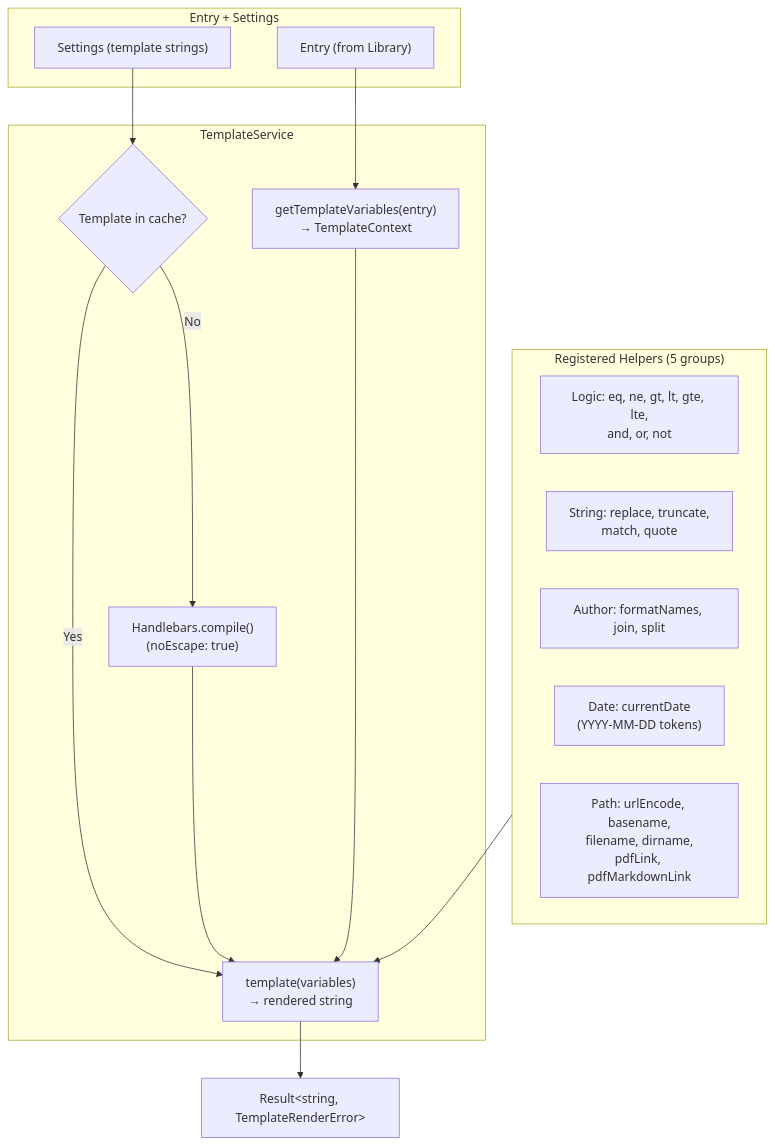
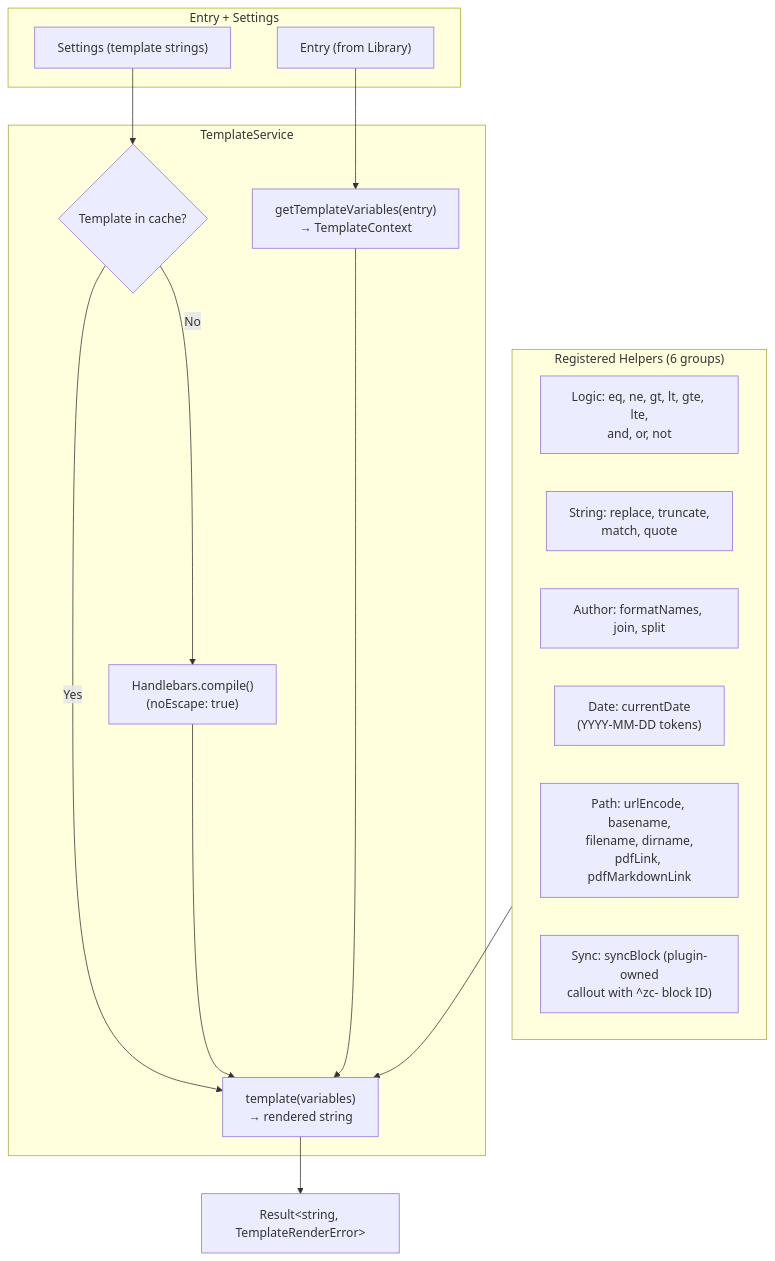
One commit to akhmialeuski/obsidian-citation-extended changed diagram 15 of 23 in docs/architecture.md. Above: the diagram before and after it, drawn with Mermaid. The commit also changed other lines of this file and 5 other files, not shown here.

````diff
--- a/docs/architecture.md
+++ b/docs/architecture.md
@@ -785,31 +789,32 @@
 ```mermaid
 flowchart TD
     subgraph Input["Entry + Settings"]
         E["Entry (from Library)"]
         S["Settings (template strings)"]
     end
 
     subgraph TS["TemplateService"]
         VARS["getTemplateVariables(entry)\n→ TemplateContext"]
         CACHE{"Template in cache?"}
         COMPILE["Handlebars.compile()\n(noEscape: true)"]
         RENDER["template(variables)\n→ rendered string"]
         CACHE -->|Yes| RENDER
         CACHE -->|No| COMPILE --> RENDER
     end
 
-    subgraph Helpers["Registered Helpers (5 groups)"]
+    subgraph Helpers["Registered Helpers (6 groups)"]
         H1["Logic: eq, ne, gt, lt, gte, lte,\nand, or, not"]
         H2["String: replace, truncate,\nmatch, quote"]
         H3["Author: formatNames, join, split"]
         H4["Date: currentDate\n(YYYY-MM-DD tokens)"]
         H5["Path: urlEncode, basename,\nfilename, dirname,\npdfLink, pdfMarkdownLink"]
+        H6["Sync: syncBlock (plugin-owned\ncallout with ^zc- block ID)"]
     end
 
     E --> VARS
     VARS --> RENDER
     S --> CACHE
     Helpers --> RENDER
 
     RENDER --> RESULT["Result&lt;string, TemplateRenderError&gt;"]
 ```
````
